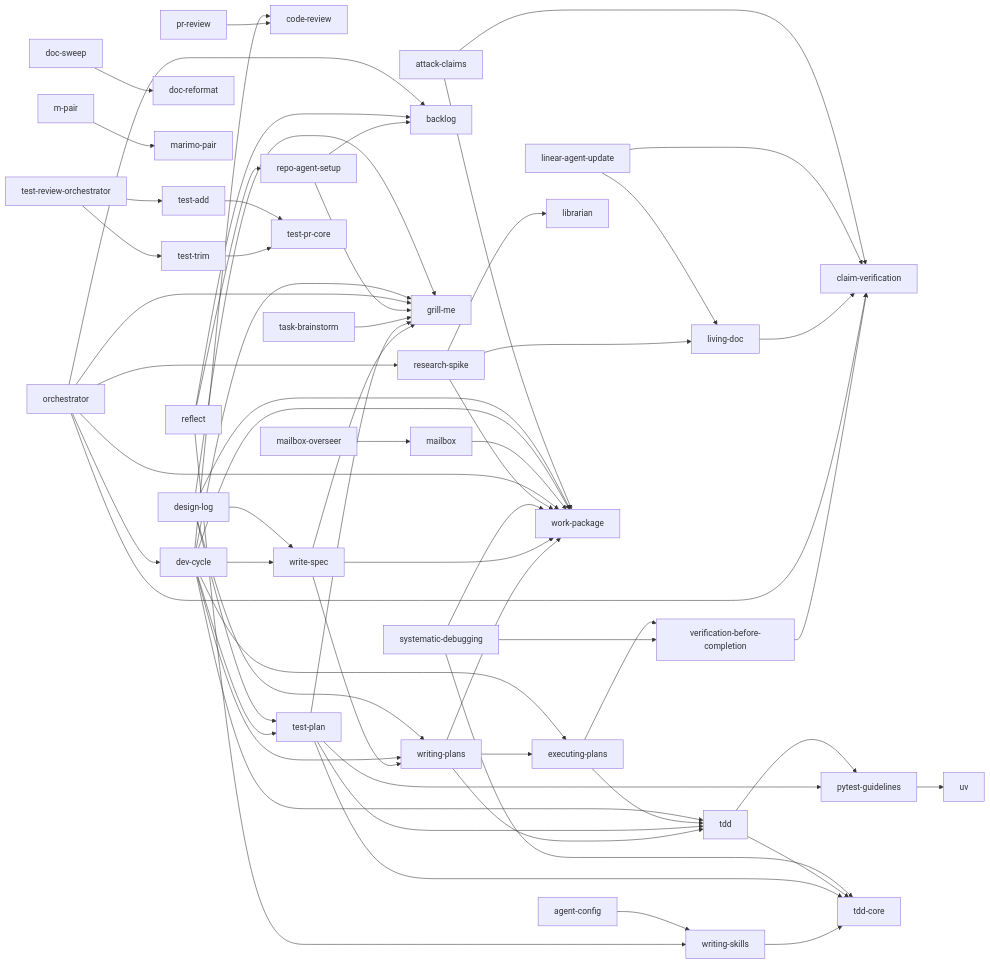
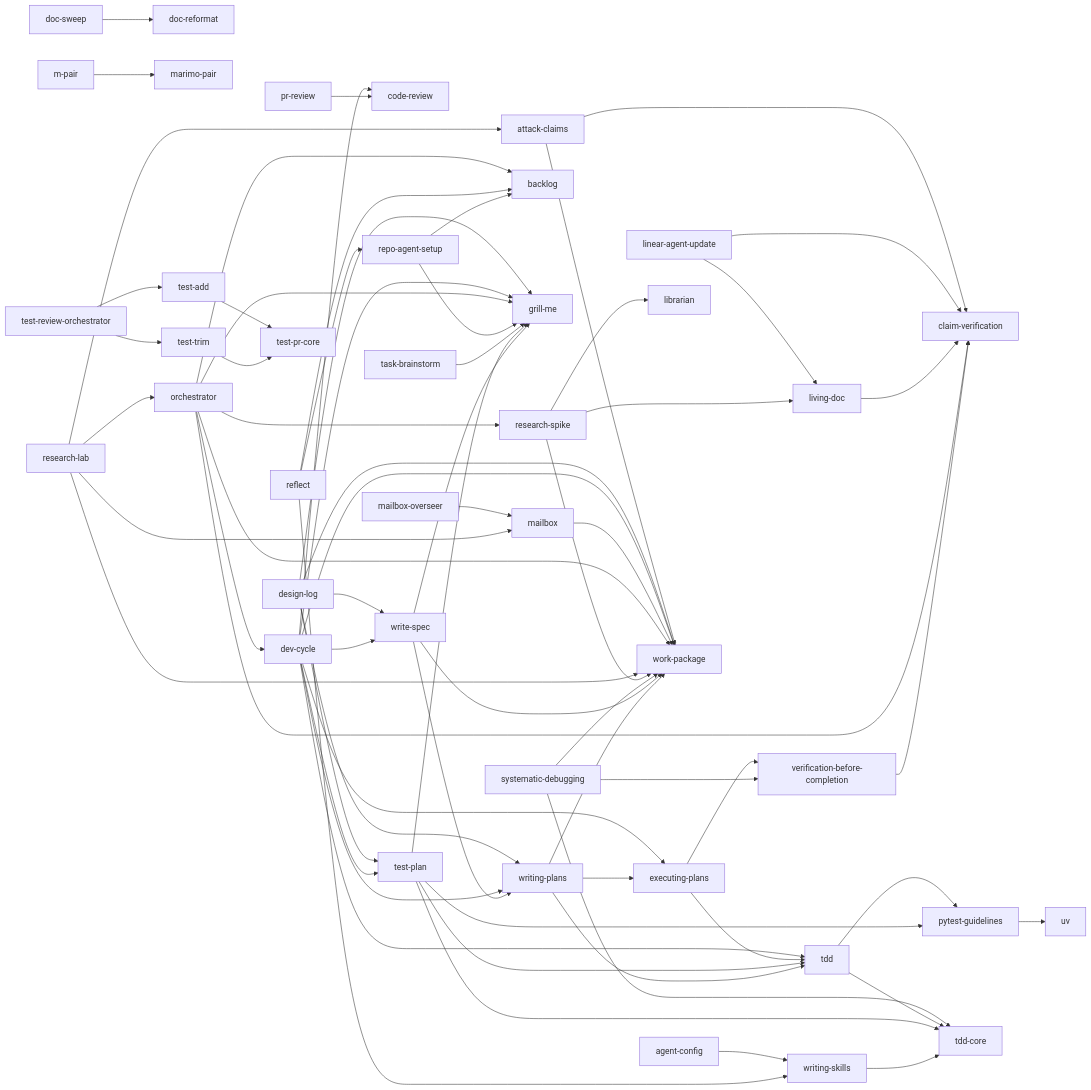
One commit to Haydeni0/agent-config changed the diagram in README.md. Above: the diagram before and after it, drawn with Mermaid. The commit also changed 12 other files, not shown here.

Commit message:
feat(research-lab): add research-lab skill v0 (one-prompt lab startup, pi profile, member spawn helper, lab templates)

```diff
--- a/README.md
+++ b/README.md
@@ -223,6 +223,7 @@
     %% python_notebook[python-notebook]
     reflect[reflect]
     repo_agent_setup[repo-agent-setup]
+    research_lab[research-lab]
     research_spike[research-spike]
     %% stack_pr[stack-pr]
     systematic_debugging[systematic-debugging]
@@ -283,6 +284,10 @@
     reflect --> writing_skills
     repo_agent_setup --> grill_me
     repo_agent_setup --> backlog
+    research_lab --> work_package
+    research_lab --> mailbox
+    research_lab --> orchestrator
+    research_lab --> attack_claims
     research_spike --> librarian
     research_spike --> living_doc
     research_spike --> work_package
```
